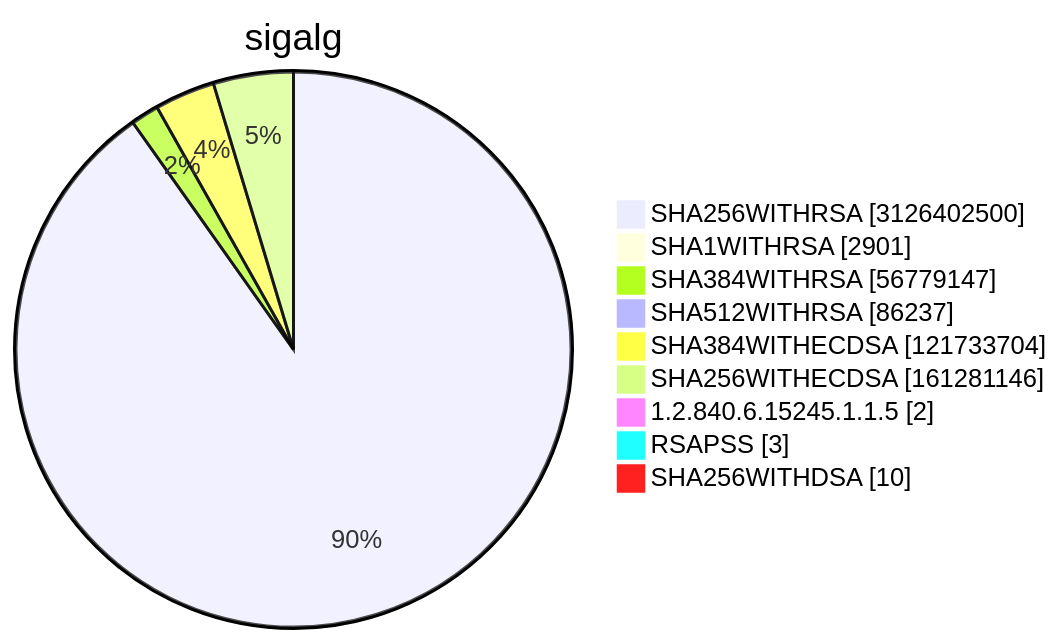
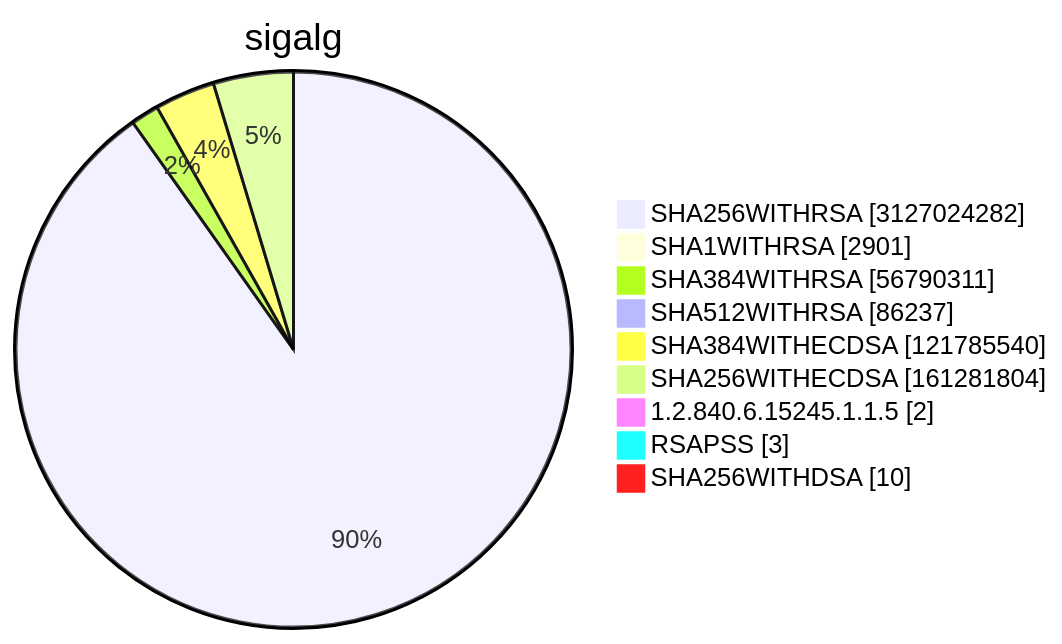
Diagram 15 of 15 in TOTAL/README.md (christiankrug/ctmonitor_visualization), drawn with Mermaid before and after one commit. The commit also changed other lines of this file, not shown here.

````diff
--- a/TOTAL/README.md
+++ b/TOTAL/README.md
@@ -6212,13 +6212,13 @@
 ```mermaid
 pie showData
 title sigalg
-"SHA256WITHRSA" :3126402500
+"SHA256WITHRSA" :3127024282
 "SHA1WITHRSA" :2901
-"SHA384WITHRSA" :56779147
+"SHA384WITHRSA" :56790311
 "SHA512WITHRSA" :86237
-"SHA384WITHECDSA" :121733704
-"SHA256WITHECDSA" :161281146
+"SHA384WITHECDSA" :121785540
+"SHA256WITHECDSA" :161281804
 "1.2.840.6.15245.1.1.5" :2
 "RSAPSS" :3
 "SHA256WITHDSA" :10
 ```
````
